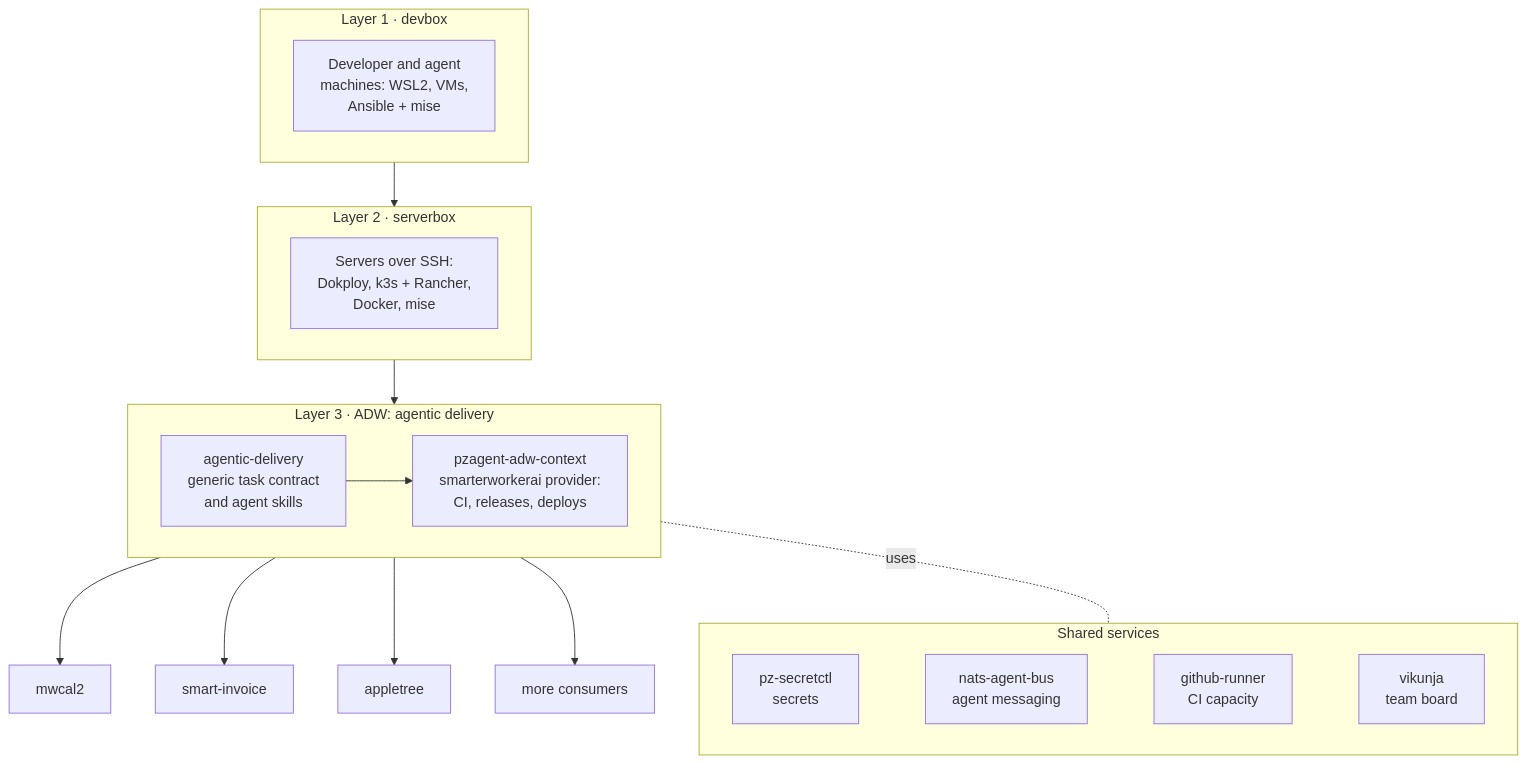
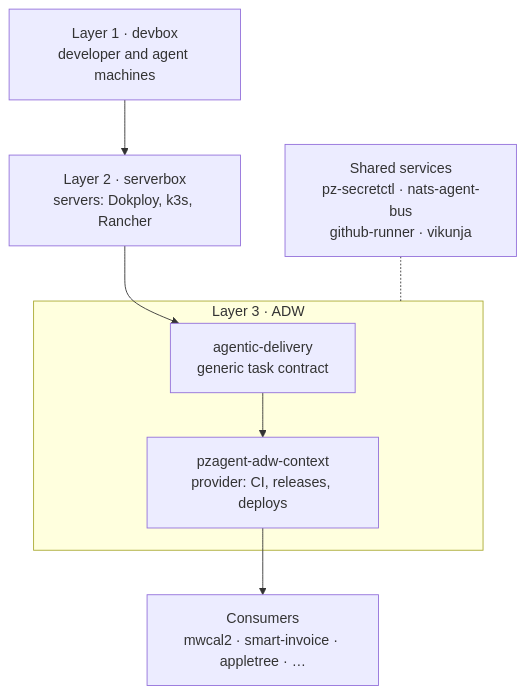
Before and after one commit to smarterworkerai/.github: the first of 4 diagrams in profile/README.md, drawn with Mermaid. The commit also changed other lines of this file, not shown here.

First line of the commit message:
Profile: narrower diagrams (GitHub controls no longer cover them)

````diff
--- a/profile/README.md
+++ b/profile/README.md
@@ -35,21 +35,10 @@
 ```mermaid
 flowchart TB
-    subgraph L3["Layer 3 · ADW: agentic delivery"]
-        direction LR
-        ADW["agentic-delivery<br/>generic task contract<br/>and agent skills"] --> CTX["pzagent-adw-context<br/>smarterworkerai provider:<br/>CI, releases, deploys"]
+    DB["Layer 1 · devbox<br/>developer and agent machines"] --> SB["Layer 2 · serverbox<br/>servers: Dokploy, k3s, Rancher"]
+    SB --> ADW
+    subgraph L3["Layer 3 · ADW"]
+        ADW["agentic-delivery<br/>generic task contract"] --> CTX["pzagent-adw-context<br/>provider: CI, releases, deploys"]
     end
-    subgraph L2["Layer 2 · serverbox"]
-        SB["Servers over SSH:<br/>Dokploy, k3s + Rancher,<br/>Docker, mise"]
-    end
-    subgraph L1["Layer 1 · devbox"]
-        DB["Developer and agent<br/>machines: WSL2, VMs,<br/>Ansible + mise"]
-    end
-    L1 --> L2 --> L3
-    CTX --> P1["mwcal2"] & P2["smart-invoice"] & P3["appletree"] & P4["more consumers"]
-
-    subgraph X["Shared services"]
-        direction LR
-        SEC["pz-secretctl<br/>secrets"] ~~~ BUS["nats-agent-bus<br/>agent messaging"] ~~~ RUN["github-runner<br/>CI capacity"] ~~~ BRD["vikunja<br/>team board"]
-    end
-    L3 -.uses.- X
+    CTX --> C["Consumers<br/>mwcal2 · smart-invoice · appletree · …"]
+    S["Shared services<br/>pz-secretctl · nats-agent-bus<br/>github-runner · vikunja"] -.- L3
 ```
````
